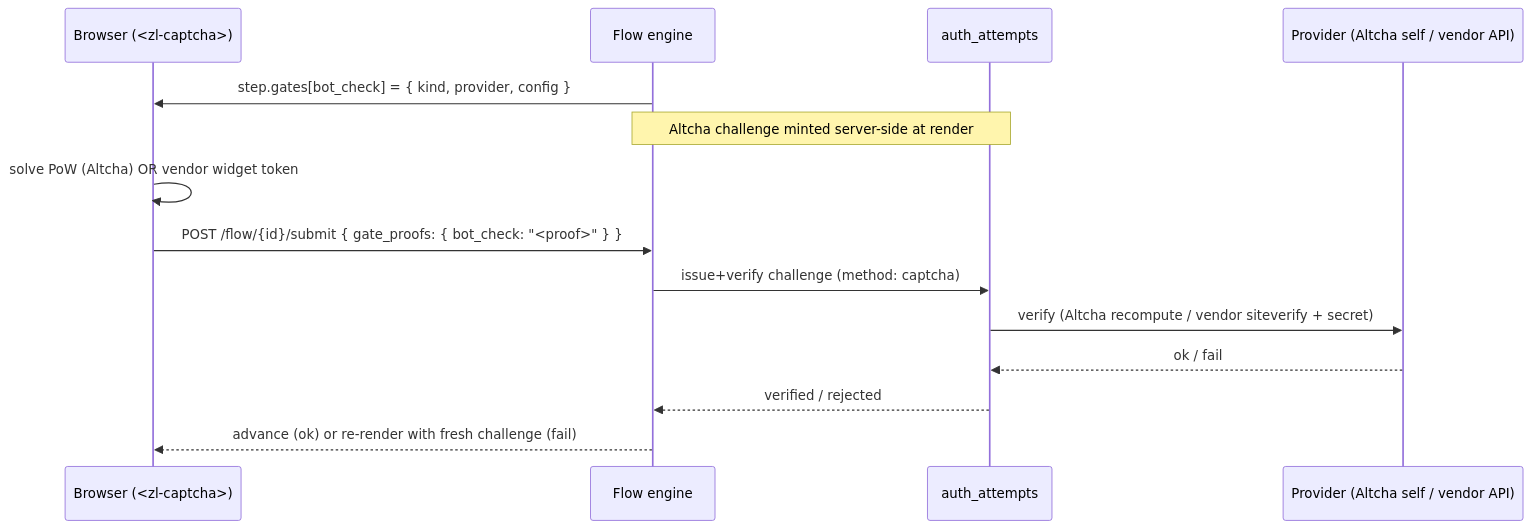
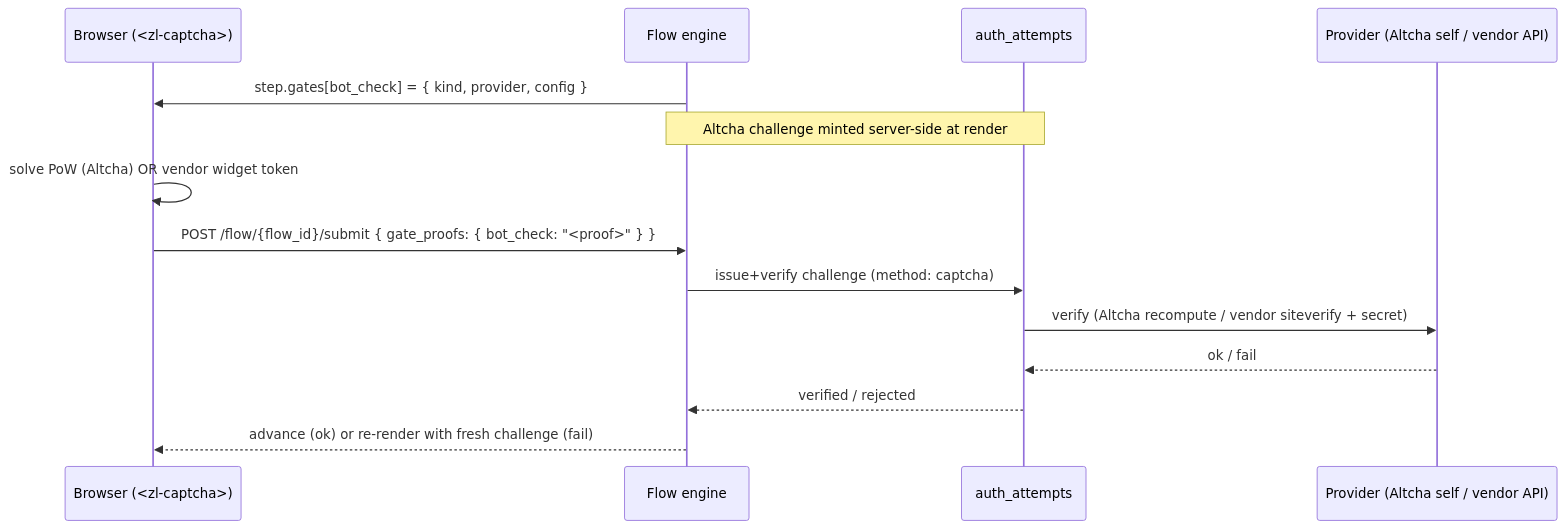
The first of 2 diagrams in docs/adrs/019-captcha-gate-and-bot-signals.md (zitadel/nextgen), drawn with Mermaid before and after one commit. The commit also changed other lines of this file and 370 other files, not shown here.

````diff
--- a/docs/adrs/019-captcha-gate-and-bot-signals.md
+++ b/docs/adrs/019-captcha-gate-and-bot-signals.md
@@ -160,16 +160,16 @@
 ```mermaid
 sequenceDiagram
     participant B as Browser (<zl-captcha>)
     participant E as Flow engine
     participant A as auth_attempts
     participant P as Provider (Altcha self / vendor API)
     E->>B: step.gates[bot_check] = { kind, provider, config }
     Note over E,A: Altcha challenge minted server-side at render
     B->>B: solve PoW (Altcha) OR vendor widget token
-    B->>E: POST /flow/{id}/submit { gate_proofs: { bot_check: "<proof>" } }
+    B->>E: POST /flow/{flow_id}/submit { gate_proofs: { bot_check: "<proof>" } }
     E->>A: issue+verify challenge (method: captcha)
     A->>P: verify (Altcha recompute / vendor siteverify + secret)
     P-->>A: ok / fail
     A-->>E: verified / rejected
     E-->>B: advance (ok) or re-render with fresh challenge (fail)
 ```
````
